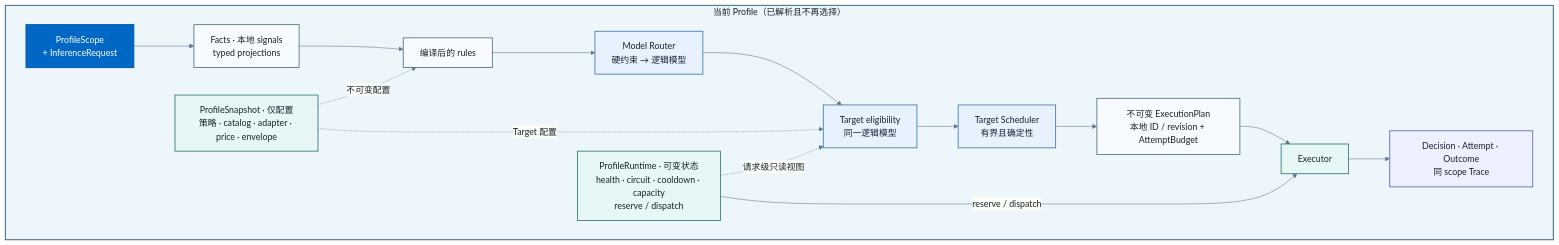
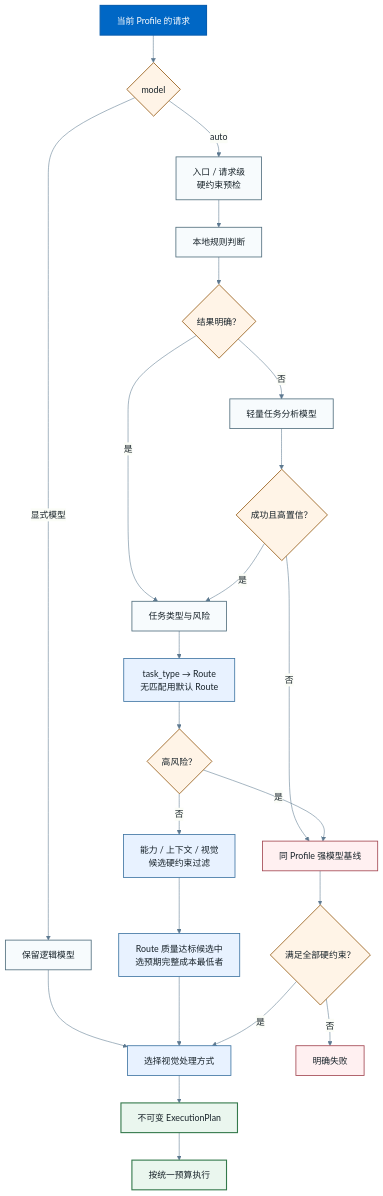
Before and after one commit to Euphie/llm-proxy: the diagram in docs-site/diagrams/routing-pipeline.mmd, drawn with Mermaid. The commit also changed 39 other files, not shown here.

```diff
--- a/docs-site/diagrams/routing-pipeline.mmd
+++ b/docs-site/diagrams/routing-pipeline.mmd
@@ -1,52 +1,48 @@
 ---
 config:
   theme: base
   themeVariables:
     background: "#f4f9fc"
     fontFamily: "-apple-system, BlinkMacSystemFont, PingFang SC, sans-serif"
     primaryColor: "#f7fbfd"
     primaryTextColor: "#172229"
     primaryBorderColor: "#7ea1b4"
     lineColor: "#5d7990"
     clusterBkg: "#edf6fb"
     clusterBorder: "#7fafcf"
   flowchart:
     curve: basis
     htmlLabels: true
 ---
-flowchart LR
-  accTitle: Profile 内在线路由流水线
-  accDescr: 已解析的 ProfileScope 依次经过本地事实、不可变配置、编译规则、硬约束、逻辑模型选择，以及同一 ProfileRuntime 提供的请求级只读健康与容量视图，形成不可变执行计划并在该运行时内执行。
+flowchart TB
+  accTitle: 简单且可控的在线路由
+  accDescr: 显式模型保持原模型语义。auto 请求先做入口和请求级预检，再执行低成本本地规则，只有不能确定时才调用轻量任务分析模型；任务类型映射到当前策略的 Route，高风险请求只使用满足硬约束的强模型基线，其他请求在满足候选硬约束和 Route 质量目标的模型中选择预期完整成本最低者，随后规划视觉增强并生成不可变执行计划。分析失败或低置信度时同样只在强模型基线满足硬约束时使用，否则请求失败。
 
-  subgraph PROFILE["当前 Profile（已解析且不再选择）"]
-    direction LR
-    REQUEST["ProfileScope<br/>+ InferenceRequest"]
-    FACTS["Facts · 本地 signals<br/>typed projections"]
-    RULES["编译后的 rules"]
-    ROUTER["Model Router<br/>硬约束 → 逻辑模型"]
-    ELIGIBLE["Target eligibility<br/>同一逻辑模型"]
-    SCHEDULER["Target Scheduler<br/>有界且确定性"]
-    PLAN["不可变 ExecutionPlan<br/>本地 ID / revision + AttemptBudget"]
-    EXECUTOR["Executor"]
-    TRACE["Decision · Attempt · Outcome<br/>同 scope Trace"]
-    SNAPSHOT["ProfileSnapshot · 仅配置<br/>策略 · catalog · adapter · price · envelope"]
-    RUNTIME["ProfileRuntime · 可变状态<br/>health · circuit · cooldown · capacity<br/>reserve / dispatch"]
+  REQUEST["当前 Profile 的请求"] --> MODE{"model"}
+  MODE -->|"显式模型"| EXPLICIT["保留逻辑模型"]
+  MODE -->|"auto"| PRECHECK["入口 / 请求级<br/>硬约束预检"] --> RULES["本地规则判断"] --> CLEAR{"结果明确？"}
+  CLEAR -->|"是"| FACTS["任务类型与风险"]
+  CLEAR -->|"否"| ANALYZER["轻量任务分析模型"] --> CONFIDENT{"成功且高置信？"}
+  CONFIDENT -->|"是"| FACTS
+  CONFIDENT -->|"否"| BASELINE["同 Profile 强模型基线"] --> BASELINE_OK{"满足全部硬约束？"}
+  FACTS --> ROUTE["task_type → Route<br/>无匹配用默认 Route"] --> HIGH_RISK{"高风险？"}
+  HIGH_RISK -->|"是"| BASELINE
+  HIGH_RISK -->|"否"| FILTER["能力 / 上下文 / 视觉<br/>候选硬约束过滤"] --> SELECT["Route 质量达标候选中<br/>选预期完整成本最低者"]
+  EXPLICIT --> VISION["选择视觉处理方式"]
+  SELECT --> VISION
+  BASELINE_OK -->|"是"| VISION
+  BASELINE_OK -->|"否"| FAIL["明确失败"]
+  VISION --> PLAN["不可变 ExecutionPlan"] --> EXECUTE["按统一预算执行"]
 
-    REQUEST --> FACTS --> RULES --> ROUTER --> ELIGIBLE --> SCHEDULER --> PLAN --> EXECUTOR --> TRACE
-    SNAPSHOT -.->|"不可变配置"| RULES
-    SNAPSHOT -.->|"Target 配置"| ELIGIBLE
-    RUNTIME -.->|"请求级只读视图"| ELIGIBLE
-    RUNTIME -->|"reserve / dispatch"| EXECUTOR
-  end
-
-  classDef scope fill:#0067c5,color:#ffffff,stroke:#075daf,stroke-width:2px;
+  classDef entry fill:#0067c5,color:#ffffff,stroke:#075daf,stroke-width:2px;
   classDef primary fill:#f7fbfd,color:#172229,stroke:#526f7e,stroke-width:1.5px;
-  classDef decision fill:#e8f2ff,color:#172229,stroke:#3f75a3,stroke-width:1.5px;
-  classDef runtime fill:#e7f7f6,color:#172229,stroke:#2d7774,stroke-width:1.5px;
-  classDef evidence fill:#eef0ff,color:#172229,stroke:#625eb5,stroke-width:1.5px;
-  class REQUEST scope;
-  class FACTS,RULES,PLAN primary;
-  class ROUTER,ELIGIBLE,SCHEDULER decision;
-  class SNAPSHOT,RUNTIME,EXECUTOR runtime;
-  class TRACE evidence;
-  style PROFILE fill:#edf6fb,stroke:#4a758f,stroke-width:2px,color:#172229
+  classDef decision fill:#fff4e7,color:#172229,stroke:#965b15,stroke-width:1.5px;
+  classDef route fill:#e8f2ff,color:#172229,stroke:#3f75a3,stroke-width:1.5px;
+  classDef fallback fill:#fff0f1,color:#172229,stroke:#a34752,stroke-width:1.5px;
+  classDef result fill:#eaf6ee,color:#172229,stroke:#34794b,stroke-width:2px;
+  class REQUEST entry;
+  class EXPLICIT,PRECHECK,RULES,ANALYZER,FACTS primary;
+  class MODE,CLEAR,CONFIDENT,HIGH_RISK,BASELINE_OK decision;
+  class ROUTE,FILTER,SELECT,VISION route;
+  class BASELINE,FAIL fallback;
+  class PLAN,EXECUTE result;
```
